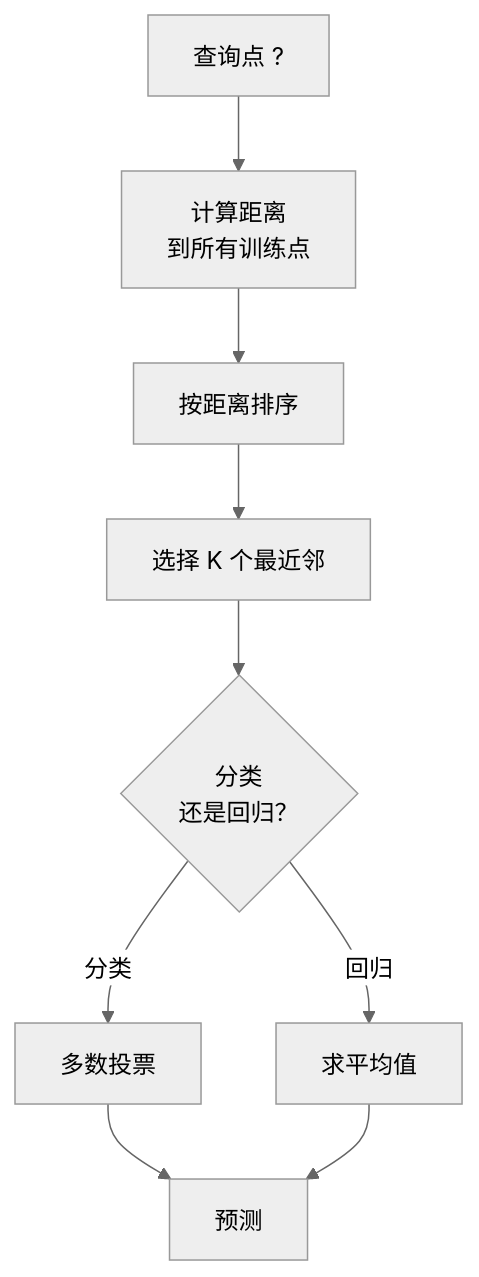
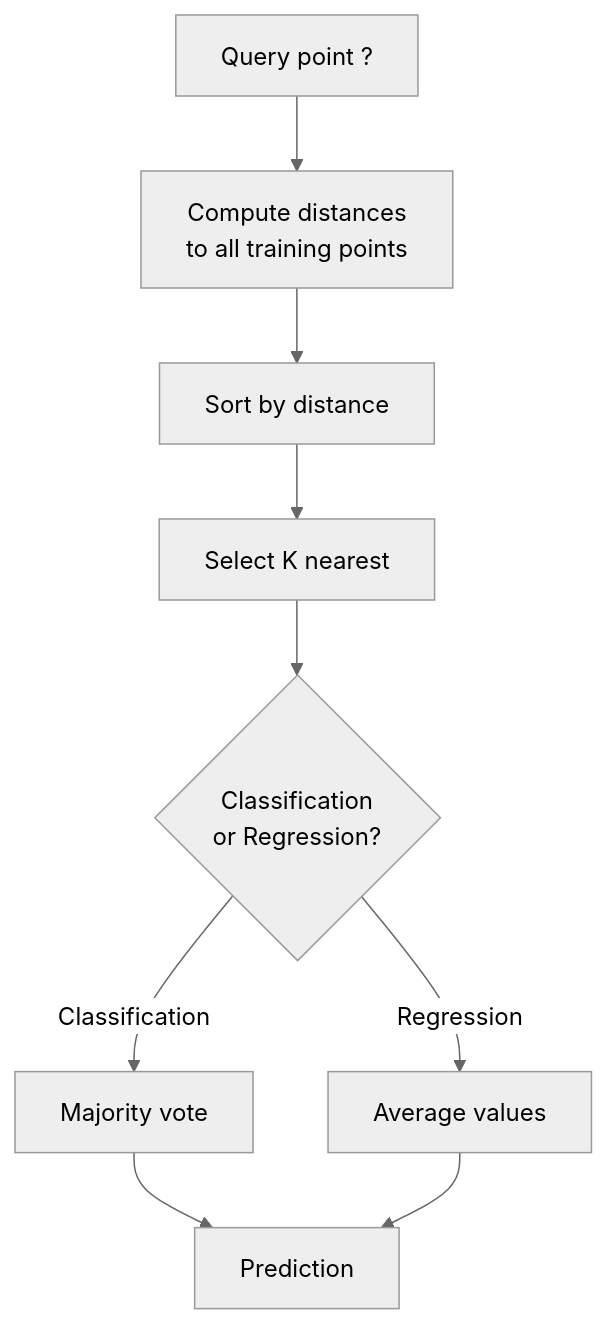
The first of 3 diagrams in i18n/zh/phases/02-ml-fundamentals/06-knn-and-distances/docs/zh.md (xiaojiaenen/ai-engineering-from-scratch-zh), drawn with Mermaid (neutral theme) before and after one commit. The commit also changed other lines of this file and 18 other files, not shown here.

````diff
--- a/i18n/zh/phases/02-ml-fundamentals/06-knn-and-distances/docs/zh.md
+++ b/i18n/zh/phases/02-ml-fundamentals/06-knn-and-distances/docs/zh.md
@@ -39,11 +39,11 @@
 ```mermaid
 graph TD
-    Q["查询点 ?"] --> D["计算距离<br>到所有训练点"]
-    D --> S["按距离排序"]
-    S --> K["选择 K 个最近邻"]
-    K --> C{"分类<br>还是回归？"}
-    C -->|分类| V["多数投票"]
-    C -->|回归| A["求平均值"]
-    V --> P["预测"]
+    Q["Query point ?"] --> D["Compute distances<br>to all training points"]
+    D --> S["Sort by distance"]
+    S --> K["Select K nearest"]
+    K --> C{"Classification<br>or Regression?"}
+    C -->|Classification| V["Majority vote"]
+    C -->|Regression| A["Average values"]
+    V --> P["Prediction"]
     A --> P
 ```
````
